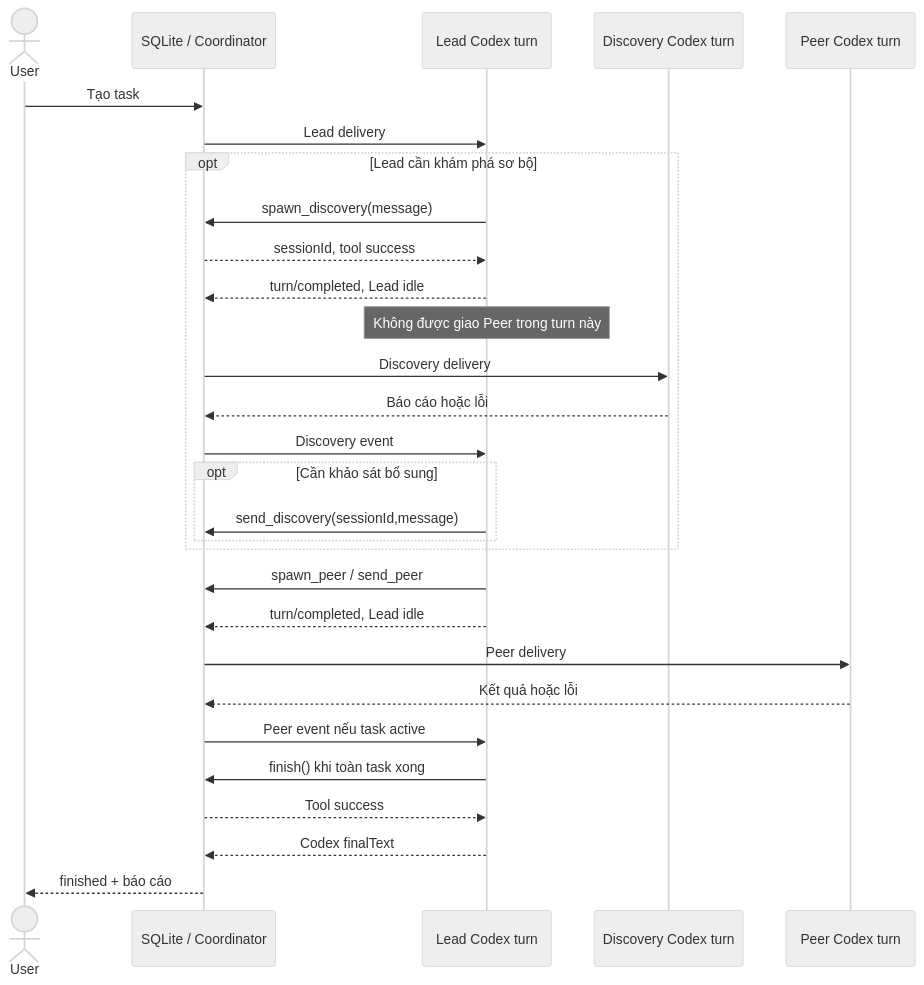
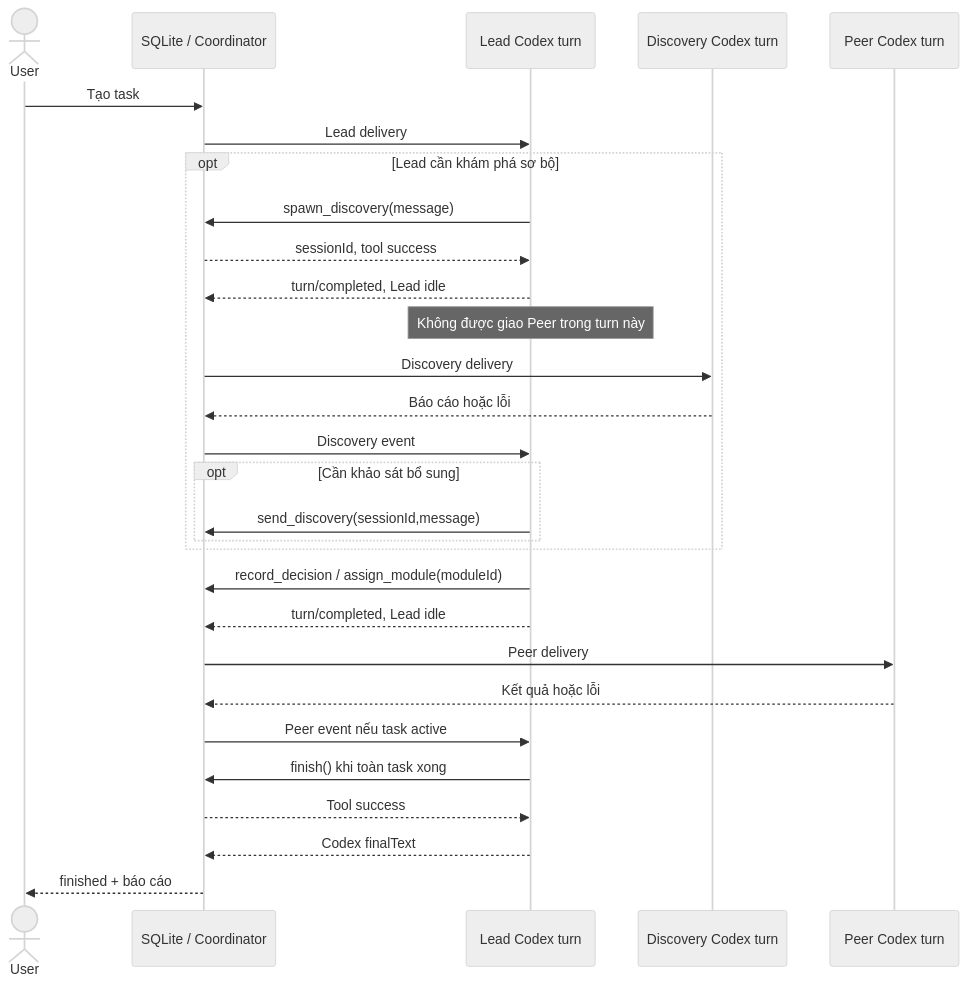
The diagram in docs/ARCHITECTURE.md (haketienloc10/ai-agent-control-center), drawn with Mermaid (neutral theme) before and after one commit. The commit also changed other lines of this file and 29 other files, not shown here.

Commit message:
lead-discovery-peer

````diff
--- a/docs/ARCHITECTURE.md
+++ b/docs/ARCHITECTURE.md
@@ -3,31 +3,31 @@
 ```mermaid
 sequenceDiagram
   actor User
   participant Store as SQLite / Coordinator
   participant Lead as Lead Codex turn
   participant Discovery as Discovery Codex turn
   participant Peer as Peer Codex turn
   User->>Store: Tạo task
   Store->>Lead: Lead delivery
   opt Lead cần khám phá sơ bộ
     Lead->>Store: spawn_discovery(message)
     Store-->>Lead: sessionId, tool success
     Lead-->>Store: turn/completed, Lead idle
     Note over Lead: Không được giao Peer trong turn này
     Store->>Discovery: Discovery delivery
     Discovery-->>Store: Báo cáo hoặc lỗi
     Store->>Lead: Discovery event
     opt Cần khảo sát bổ sung
       Lead->>Store: send_discovery(sessionId,message)
     end
   end
-  Lead->>Store: spawn_peer / send_peer
+  Lead->>Store: record_decision / assign_module(moduleId)
   Lead-->>Store: turn/completed, Lead idle
   Store->>Peer: Peer delivery
   Peer-->>Store: Kết quả hoặc lỗi
   Store->>Lead: Peer event nếu task active
   Lead->>Store: finish() khi toàn task xong
   Store-->>Lead: Tool success
   Lead-->>Store: Codex finalText
   Store-->>User: finished + báo cáo
 ```
````
